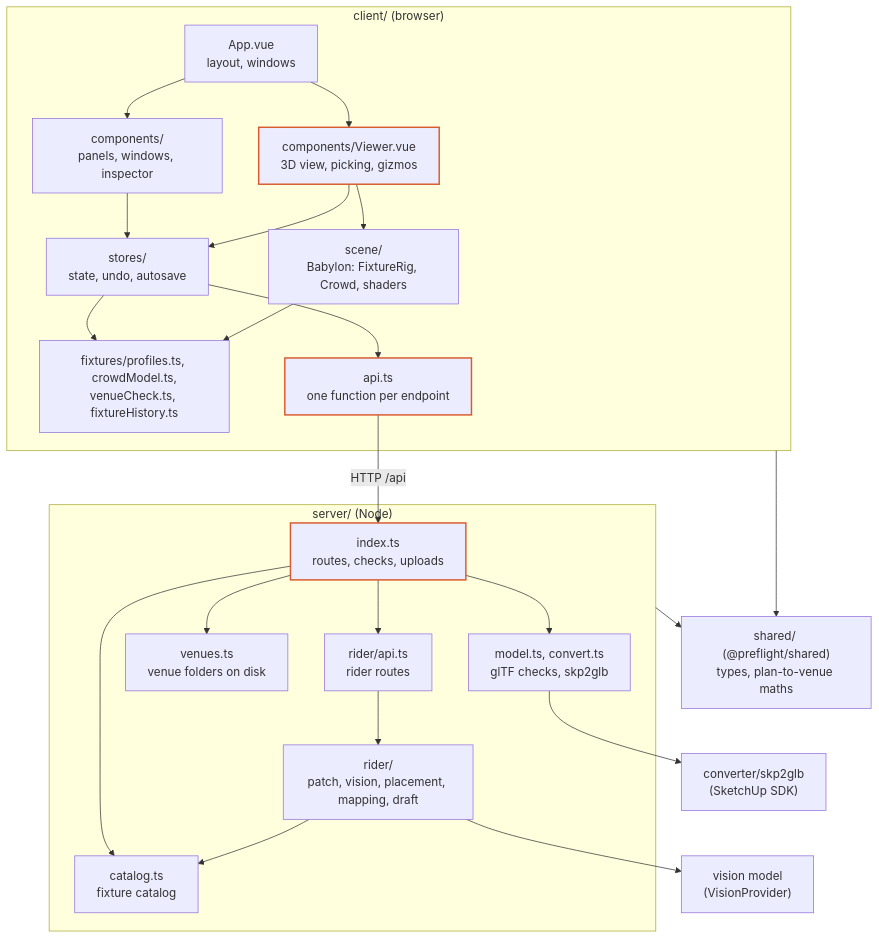
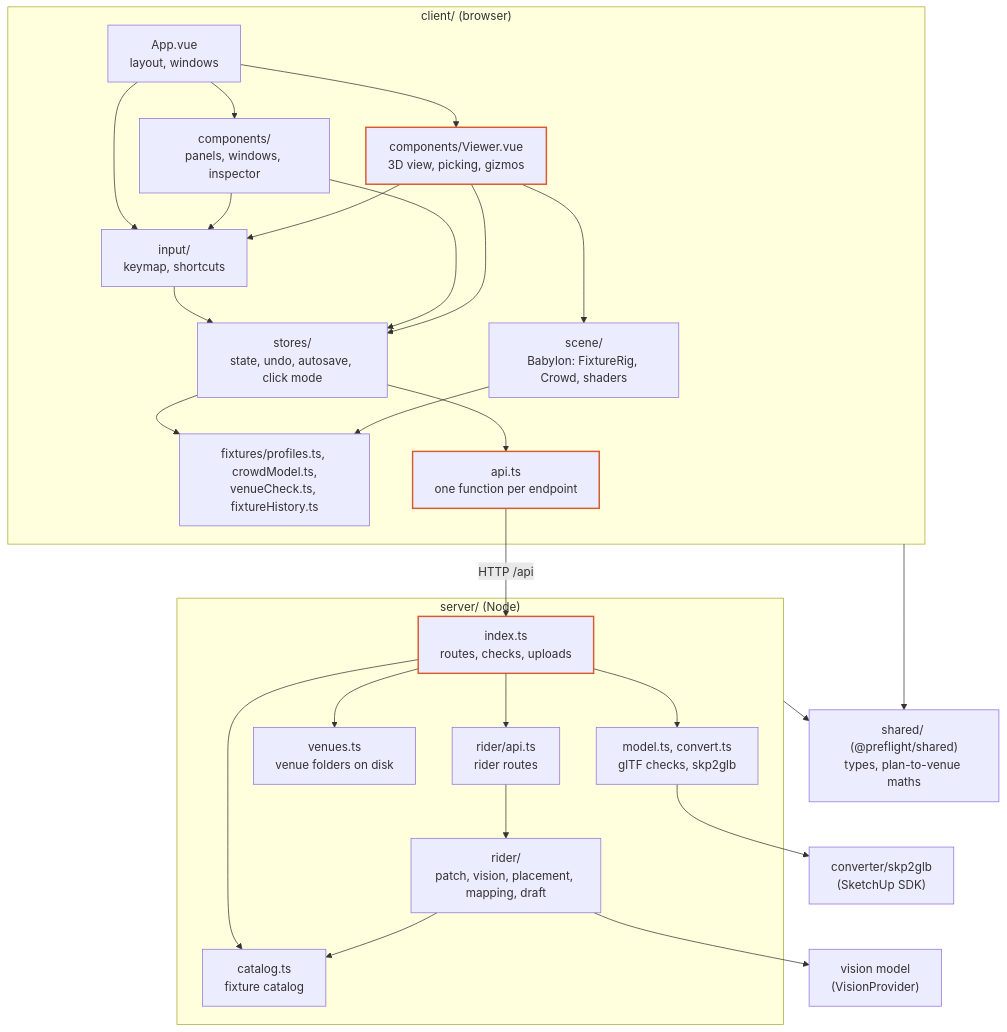
The diagram in docs/architecture.md (Keyes/preflight), drawn with Mermaid before and after one commit. The commit also changed other lines of this file and 2 other files, not shown here.

Commit message:
Describe the click mode and the keymap in the architecture and engineering docs and the README

````diff
--- a/docs/architecture.md
+++ b/docs/architecture.md
@@ -7,36 +7,39 @@
 ```mermaid
 flowchart TB
   subgraph client["client/ (browser)"]
     App["App.vue<br/>layout, windows"]
     UI["components/<br/>panels, windows, inspector"]
     Viewer["components/Viewer.vue<br/>3D view, picking, gizmos"]
-    Stores["stores/<br/>state, undo, autosave"]
+    Stores["stores/<br/>state, undo, autosave, click mode"]
+    Input["input/<br/>keymap, shortcuts"]
     Scene["scene/<br/>Babylon: FixtureRig, Crowd, shaders"]
     Domain["fixtures/profiles.ts, crowdModel.ts,<br/>venueCheck.ts, fixtureHistory.ts"]
     Api["api.ts<br/>one function per endpoint"]
   end
   subgraph server["server/ (Node)"]
     Index["index.ts<br/>routes, checks, uploads"]
     RiderApi["rider/api.ts<br/>rider routes"]
     Pipeline["rider/<br/>patch, vision, placement, mapping, draft"]
     Venues["venues.ts<br/>venue folders on disk"]
     Model["model.ts, convert.ts<br/>glTF checks, skp2glb"]
     Catalog["catalog.ts<br/>fixture catalog"]
   end
-  App --> UI & Viewer
+  App --> UI & Viewer & Input
+  UI & Viewer --> Input
+  Input --> Stores
   UI --> Stores
   Viewer --> Stores
   Viewer --> Scene
   Stores --> Domain
   Stores --> Api
   Scene --> Domain
   Api -- "HTTP /api" --> Index
   Index --> RiderApi --> Pipeline
   Index --> Venues & Model & Catalog
   Pipeline --> Catalog
   Pipeline --> Vision["vision model<br/>(VisionProvider)"]
   Model --> Converter["converter/skp2glb<br/>(SketchUp SDK)"]
   client & server --> Shared["shared/ (@preflight/shared)<br/>types, plan-to-venue maths"]
   classDef hotspot stroke:#d85a30,stroke-width:2px
   class Viewer,Api,Index hotspot
 ```
````
